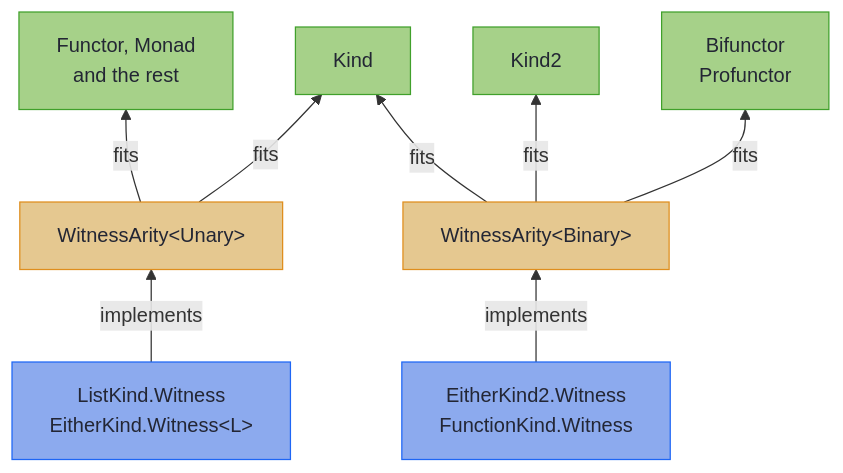
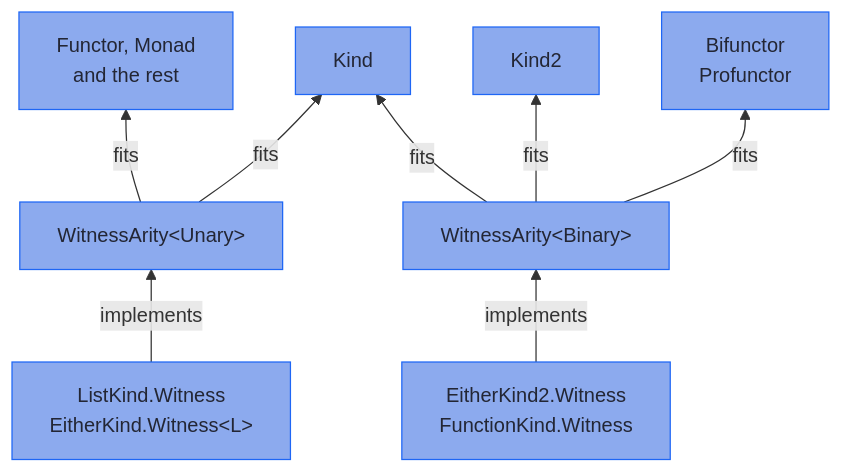
The diagram in hkj-book/src/hkts/type-arity.md (higher-kinded-j/higher-kinded-j), drawn with Mermaid before and after one commit. The commit also changed other lines of this file and 6 other files, not shown here.

````diff
--- a/hkj-book/src/hkts/type-arity.md
+++ b/hkj-book/src/hkts/type-arity.md
@@ -58,26 +60,22 @@
 ```mermaid
 flowchart BT
     accTitle: How witnesses meet the bounds on Kind, Kind2 and the type classes
     accDescr: Unary witnesses such as ListKind.Witness and EitherKind.Witness of L implement WitnessArity of Unary, which fits Kind and the unary type classes such as Functor and Monad. Binary witnesses such as EitherKind2.Witness and FunctionKind.Witness implement WitnessArity of Binary, which fits Kind, Kind2, Bifunctor and Profunctor.
     UW["ListKind.Witness<br/>EitherKind.Witness#lt;L#gt;"]
     BW["EitherKind2.Witness<br/>FunctionKind.Witness"]
     U["WitnessArity#lt;Unary#gt;"]
     B["WitnessArity#lt;Binary#gt;"]
     TC1["Functor, Monad<br/>and the rest"]
     K["Kind"]
     K2["Kind2"]
     TC2["Bifunctor<br/>Profunctor"]
     UW -->|implements| U
     BW -->|implements| B
     U -->|fits| TC1
     U -->|fits| K
     B -->|fits| K
     B -->|fits| K2
     B -->|fits| TC2
-    classDef witness fill:#8caaee,stroke:#1e66f5,color:#232634
-    classDef arity fill:#e5c890,stroke:#df8e1d,color:#232634
-    classDef bound fill:#a6d189,stroke:#40a02b,color:#232634
-    class UW,BW witness
-    class U,B arity
-    class TC1,K,K2,TC2 bound
+    classDef step fill:#8caaee,stroke:#1e66f5,color:#232634
+    class UW,BW,U,B,TC1,K,K2,TC2 step
 ```
````
